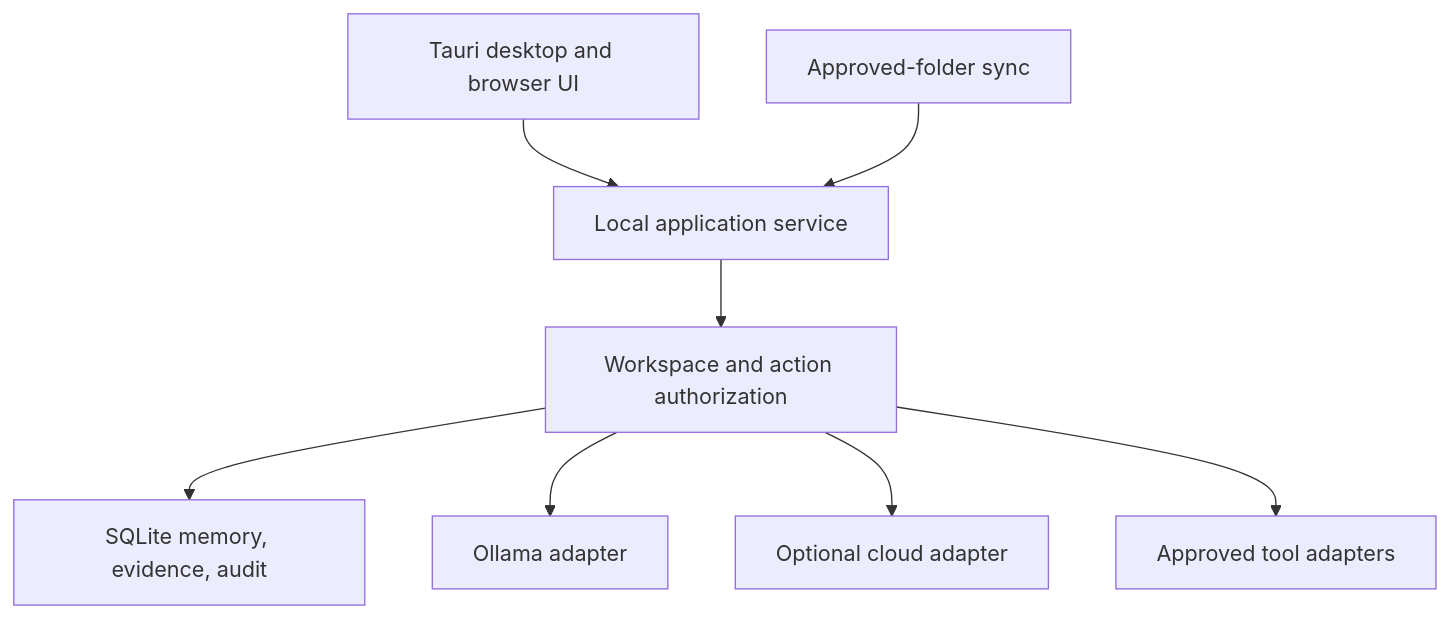
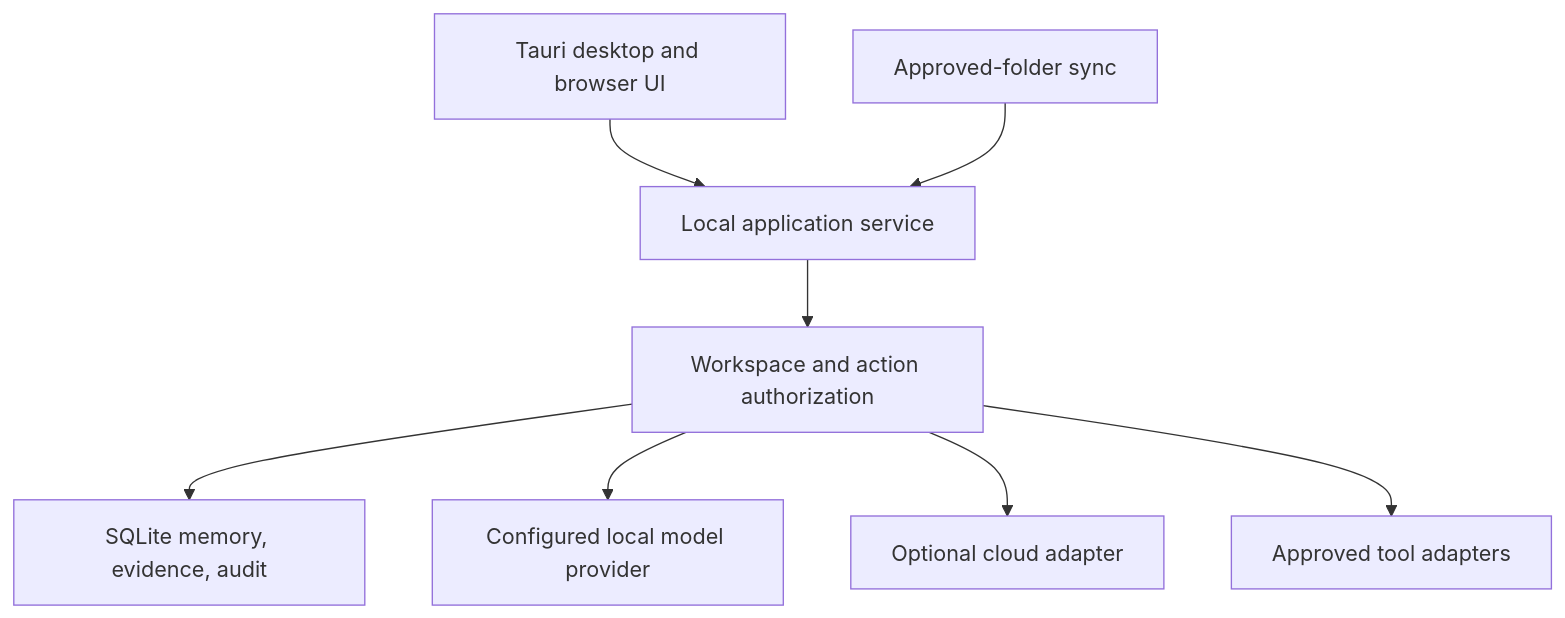
The diagram in docs/ARCHITECTURE.md (Omar59687/Jarvis), drawn with Mermaid before and after one commit. The commit also changed other lines of this file and 14 other files, not shown here.

Commit message:
Add local model provider abstraction and Bionic adapter

````diff
--- a/docs/ARCHITECTURE.md
+++ b/docs/ARCHITECTURE.md
@@ -101,10 +101,10 @@
 ```mermaid
 flowchart TD
   UI["Tauri desktop and browser UI"] --> API["Local application service"]
   API --> Auth["Workspace and action authorization"]
   Auth --> DB["SQLite memory, evidence, audit"]
-  Auth --> Local["Ollama adapter"]
+  Auth --> Local["Configured local model provider"]
   Auth --> Cloud["Optional cloud adapter"]
   Auth --> Tools["Approved tool adapters"]
   Sync["Approved-folder sync"] --> API
 ```
````
